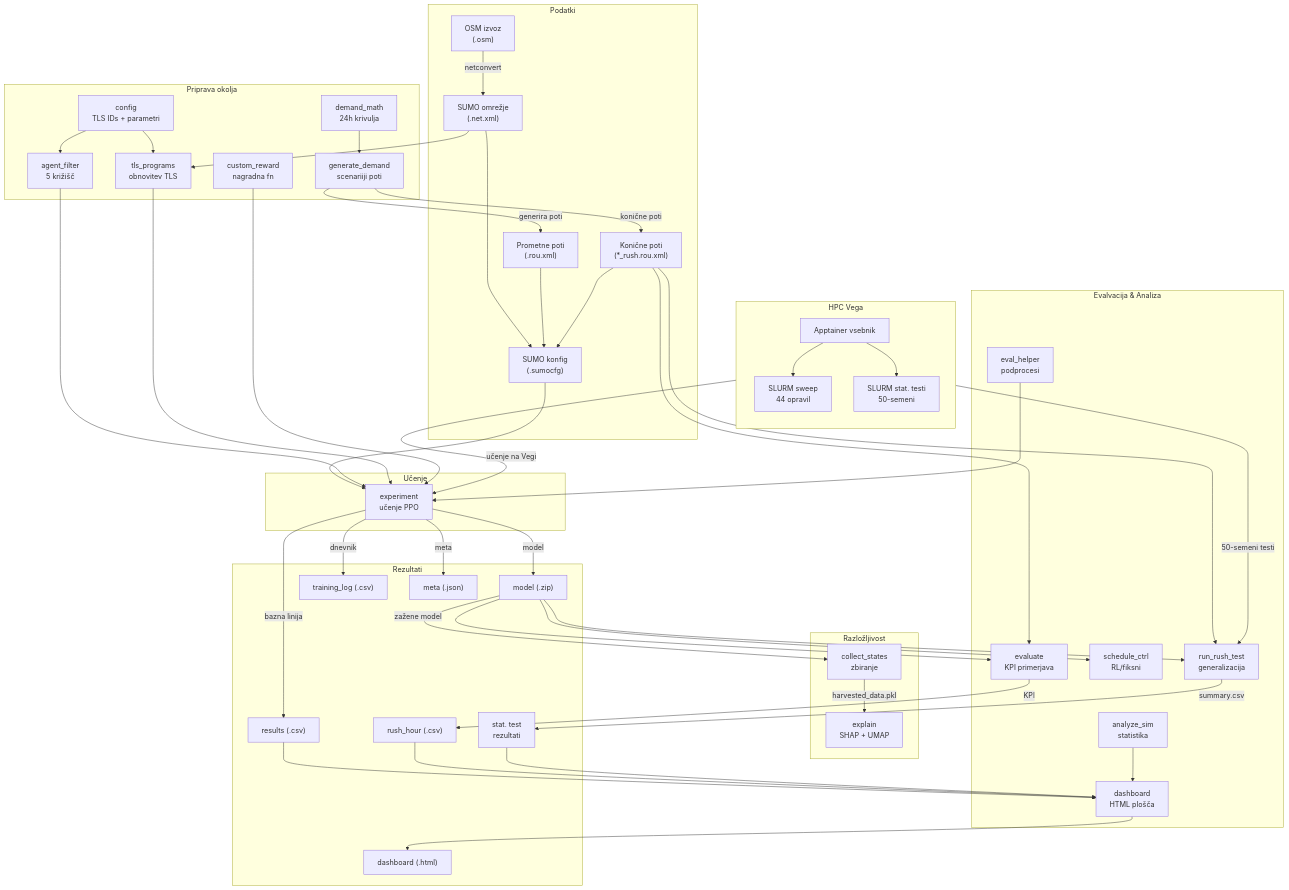
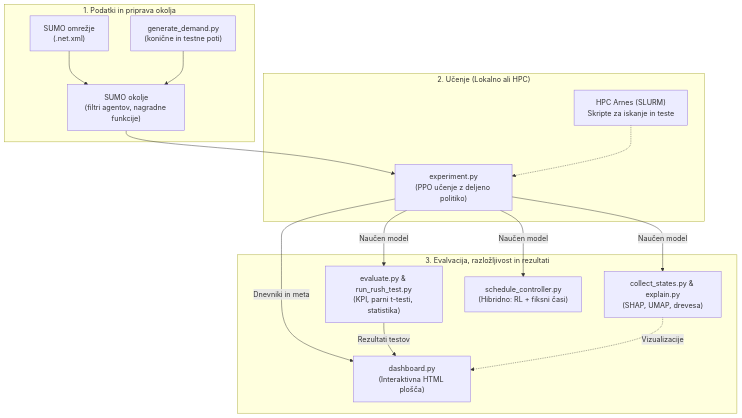
Before and after one commit to TianK003/ZeleniSignaLJ: the diagram in README.md, drawn with Mermaid. The commit also changed other lines of this file, not shown here.

Commit message:
Minor readme changes

````diff
--- a/README.md
+++ b/README.md
@@ -292,100 +255,26 @@
 ```mermaid
 flowchart TD
-    subgraph DATA ["Podatki"]
-        OSM["OSM izvoz\n(.osm)"]
+    subgraph 1 ["1. Podatki in priprava okolja"]
+        APP_DEMAND["generate_demand.py\n(konične in testne poti)"]
         NET["SUMO omrežje\n(.net.xml)"]
-        CFG["SUMO konfig\n(.sumocfg)"]
-        ROU["Prometne poti\n(.rou.xml)"]
-        ROURUSHHOUR["Konične poti\n(*_rush.rou.xml)"]
+        ENV["SUMO okolje\n(filtri agentov, nagradne funkcije)"]
+
+        NET --> ENV
+        APP_DEMAND --> ENV
     end
 
-    subgraph SRC_SETUP ["Priprava okolja"]
-        CONFIG["config\nTLS IDs + parametri"]
-        DEMANDMATH["demand_math\n24h krivulja"]
-        GENDEM["generate_demand\nscenariiji poti"]
-        TLSPROG["tls_programs\nobnovitev TLS"]
-        AGENTFIL["agent_filter\n5 križišč"]
-        CUSTOMREW["custom_reward\nnagradna fn"]
+    subgraph 2 ["2. Učenje (Lokalno ali HPC)"]
+        ENV --> EXP["experiment.py\n(PPO učenje z deljeno politiko)"]
+        HPC["HPC Arnes (SLURM)\nSkripte za iskanje in teste"] -.-> EXP
     end
 
-    subgraph SRC_TRAIN ["Učenje"]
-        EXPERIMENT["experiment\nučenje PPO"]
+    subgraph 3 ["3. Evalvacija, razložljivost in rezultati"]
+        EXP -->|Naučen model| EVAL["evaluate.py & run_rush_test.py\n(KPI, parni t-testi, statistika)"]
+        EXP -->|Naučen model| EXPL["collect_states.py & explain.py\n(SHAP, UMAP, drevesa)"]
+        EXP -->|Naučen model| PROD["schedule_controller.py\n(Hibridno: RL + fiksni časi)"]
+        
+        EXP -->|Dnevniki in meta| DASH["dashboard.py\n(Interaktivna HTML plošča)"]
+        EVAL -->|Rezultati testov| DASH
+        EXPL -.->|Vizualizacije| DASH
     end
-
-    subgraph SRC_EVAL ["Evalvacija & Analiza"]
-        EVALUATE["evaluate\nKPI primerjava"]
-        EVALHELPER["eval_helper\npodprocesi"]
-        ANALYZE["analyze_sim\nstatistika"]
-        DASHBOARD["dashboard\nHTML plošča"]
-        SCHEDCTRL["schedule_ctrl\nRL/fiksni"]
-        RUSHTEST["run_rush_test\ngeneralizacija"]
-    end
-
-    subgraph SRC_EXPLAIN ["Razložljivost"]
-        COLLECT["collect_states\nzbiranje"]
-        EXPLAIN["explain\nSHAP + UMAP"]
-    end
-
-    subgraph HPC ["HPC Vega"]
-        direction TB
-        CONTAINER["Apptainer vsebnik"]
-        SWEEP["SLURM sweep\n44 opravil"]
-        STATTEST["SLURM stat. testi\n50-semeni"]
-        CONTAINER --> SWEEP
-        CONTAINER --> STATTEST
-    end
-
-    subgraph RESULTS ["Rezultati"]
-        MODEL["model (.zip)"]
-        TRAINLOG["training_log (.csv)"]
-        RESCSV["results (.csv)"]
-        METAJSON["meta (.json)"]
-        RUSHCSV["rush_hour (.csv)"]
-        DASH["dashboard (.html)"]
-        STATRESULTS["stat. test\nrezultati"]
-    end
-
-    OSM -->|"netconvert"| NET
-    NET --> CFG
-    DEMANDMATH --> GENDEM
-    GENDEM -->|"generira poti"| ROU
-    GENDEM -->|"konične poti"| ROURUSHHOUR
-    ROU --> CFG
-    ROURUSHHOUR --> CFG
-
-    CONFIG --> AGENTFIL
-    CONFIG --> TLSPROG
-    NET --> TLSPROG
-
-    CFG --> EXPERIMENT
-    AGENTFIL --> EXPERIMENT
-    TLSPROG --> EXPERIMENT
-    CUSTOMREW --> EXPERIMENT
-
-    EXPERIMENT -->|"bazna linija"| RESCSV
-    EXPERIMENT -->|"model"| MODEL
-    EXPERIMENT -->|"dnevnik"| TRAINLOG
-    EXPERIMENT -->|"meta"| METAJSON
-
-    MODEL --> EVALUATE
-    MODEL --> RUSHTEST
-    ROURUSHHOUR --> EVALUATE
-    ROURUSHHOUR --> RUSHTEST
-    EVALUATE -->|"KPI"| RUSHCSV
-    RUSHTEST -->|"summary.csv"| STATRESULTS
-    EVALHELPER --> EXPERIMENT
-
-    RESCSV --> DASHBOARD
-    RUSHCSV --> DASHBOARD
-    STATRESULTS --> DASHBOARD
-    ANALYZE --> DASHBOARD
-    DASHBOARD --> DASH
-
-    MODEL --> SCHEDCTRL
-
-    MODEL -->|"zažene model"| COLLECT
-    COLLECT -->|"harvested_data.pkl"| EXPLAIN
-
-    SWEEP -->|"učenje na Vegi"| EXPERIMENT
-    STATTEST -->|"50-semeni testi"| RUSHTEST
 ```
````
